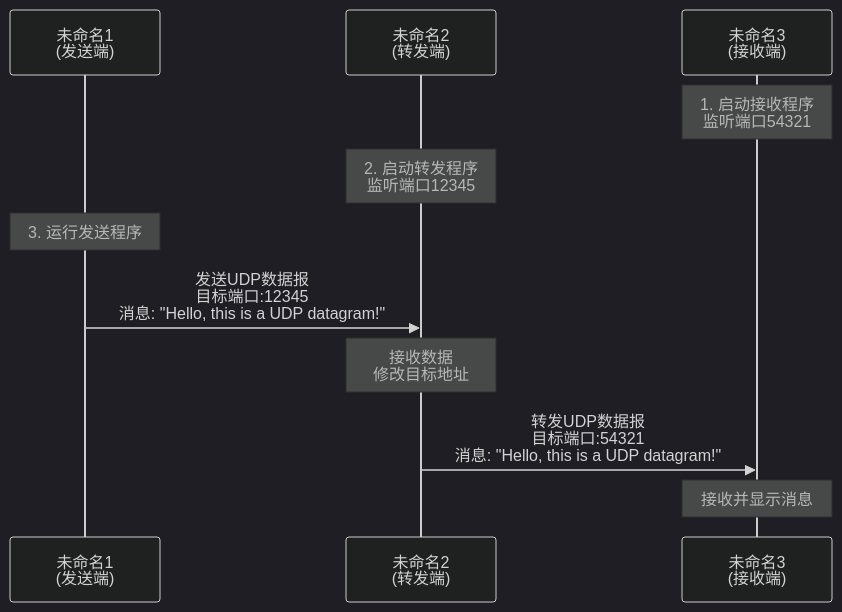
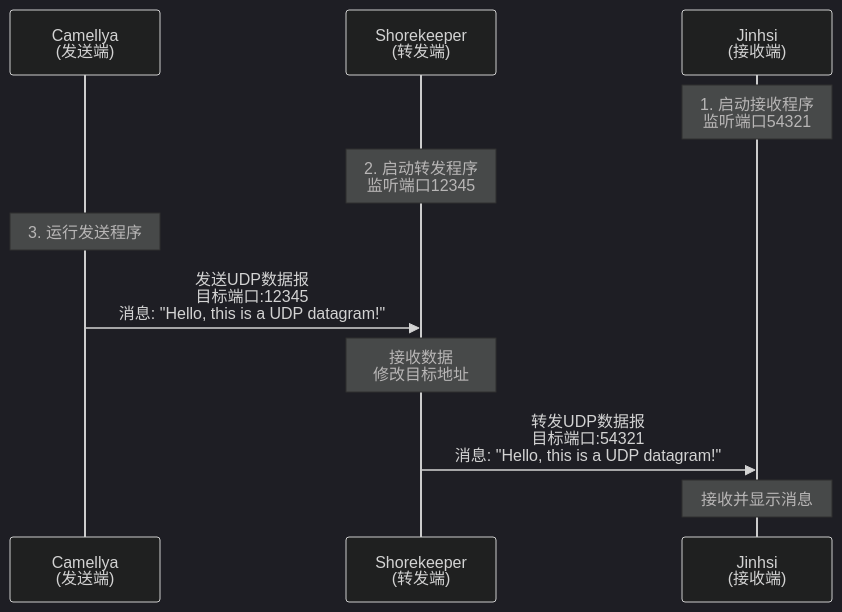
The second of 13 diagrams in Lab4/network_topology.md (ponder-j/HIT-Computer_Networks-Labs), drawn with Mermaid (dark theme) before and after one commit. The commit also changed other lines of this file and 2 other files, not shown here.

````diff
--- a/Lab4/network_topology.md
+++ b/Lab4/network_topology.md
@@ -21,15 +21,15 @@
 ```mermaid
 sequenceDiagram
-    participant A as 未命名1<br/>(发送端)
-    participant B as 未命名2<br/>(转发端)
-    participant C as 未命名3<br/>(接收端)
+    participant A as Camellya<br/>(发送端)
+    participant B as Shorekeeper<br/>(转发端)
+    participant C as Jinhsi<br/>(接收端)
 
     Note over C: 1. 启动接收程序<br/>监听端口54321
     Note over B: 2. 启动转发程序<br/>监听端口12345
     Note over A: 3. 运行发送程序
 
     A->>B: 发送UDP数据报<br/>目标端口:12345<br/>消息: "Hello, this is a UDP datagram!"
     Note over B: 接收数据<br/>修改目标地址
     B->>C: 转发UDP数据报<br/>目标端口:54321<br/>消息: "Hello, this is a UDP datagram!"
     Note over C: 接收并显示消息
 ```
````
